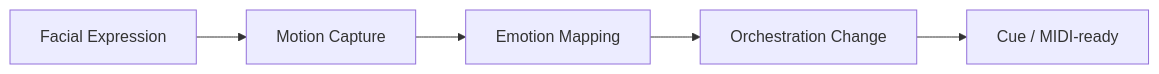
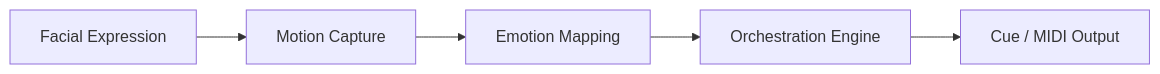
One commit to pshivch/disney-ai-dynamic-collab changed the second of 2 diagrams in README.md. Above: the diagram before and after it, drawn with Mermaid. The commit also changed other lines of this file, not shown here.

````diff
--- a/README.md
+++ b/README.md
@@ -35,7 +36,8 @@
 ```mermaid
+%%{init: {"theme":"default"}}%%
 flowchart LR
-  F[Facial Expression] --> M[Motion Capture]
-  M --> E[Emotion Mapping]
-  E --> O[Orchestration Change]
-  O --> C[Cue / MIDI-ready]
+    F[Facial Expression] --> M[Motion Capture]
+    M --> E[Emotion Mapping]
+    E --> O[Orchestration Engine]
+    O --> C[Cue / MIDI Output]
 ```
````
